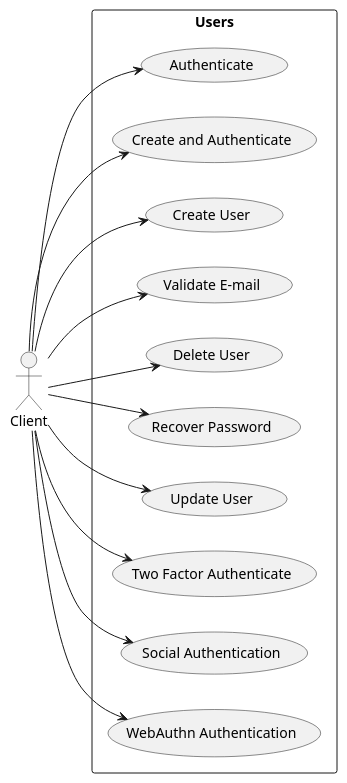
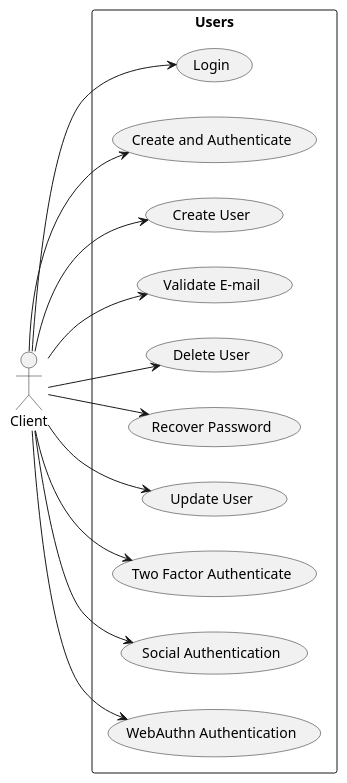
The diagram in docs/usecases/UseCases.puml (orion-services/users), drawn with PlantUML before and after one commit. The commit also changed 2 other files, not shown here.

```diff
--- a/docs/usecases/UseCases.puml
+++ b/docs/usecases/UseCases.puml
@@ -1,30 +1,30 @@
 @startuml
 left to right direction
 
 actor "Client" as client
 
 rectangle Users{
-    usecase "Authenticate" as UC1
+    usecase "Login" as UC1
     usecase "Create and Authenticate" as UC2
     usecase "Create User" as UC3
     usecase "Validate E-mail" as UC4
     usecase "Delete User" as UC5
     usecase "Recover Password" as UC6
     usecase "Update User" as UC7
     usecase "Two Factor Authenticate" as UC8
     usecase "Social Authentication" as UC9
     usecase "WebAuthn Authentication" as UC10
 }
 
 client -->  UC1
 client -->  UC2
 client -->  UC3
 client -->  UC4
 client -->  UC5
 client -->  UC6
 client -->  UC7
 client -->  UC8
 client -->  UC9
 client -->  UC10
 
 @enduml
```
